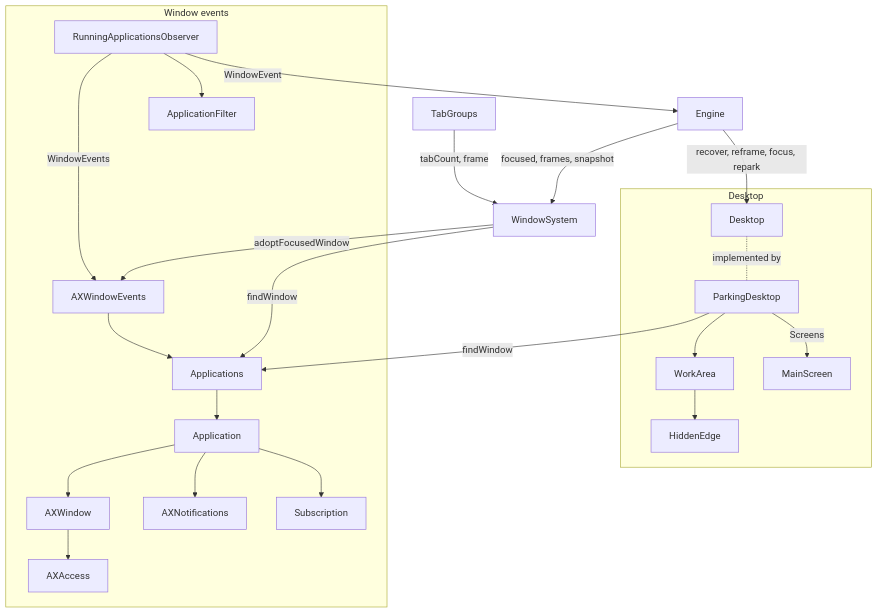
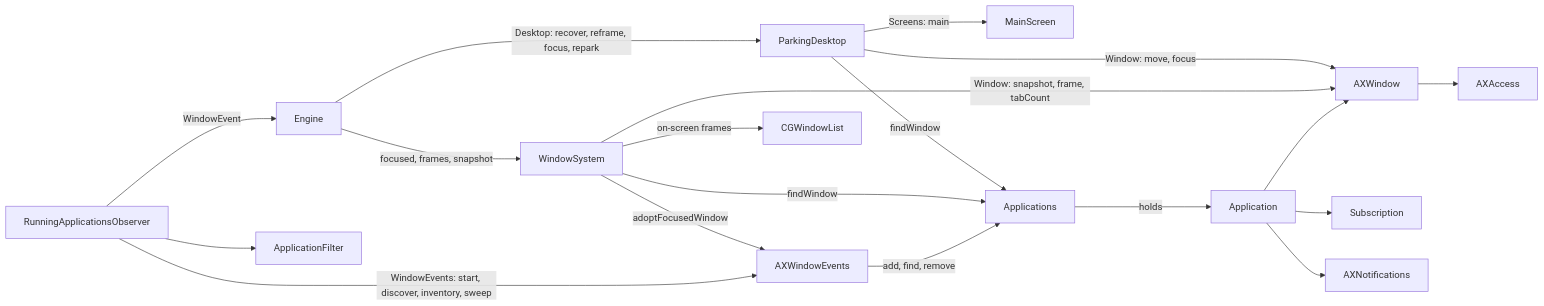
Before and after one commit to brennovich/ottowm: the sixth of 22 diagrams in ARCHITECTURE.md, drawn with Mermaid. The commit also changed other lines of this file, not shown here.

Commit message:
Improve ARCHITECTURE.md

````diff
--- a/ARCHITECTURE.md
+++ b/ARCHITECTURE.md
@@ -123,25 +111,22 @@
 ```mermaid
-flowchart TB
-    Engine -->|recover, reframe, focus, repark| Desktop
+flowchart LR
+    Engine -->|"Desktop: recover, reframe, focus, repark"| ParkingDesktop
     Engine -->|focused, frames, snapshot| WindowSystem
-    TabGroups -->|tabCount, frame| WindowSystem
     RunningApplicationsObserver -->|WindowEvent| Engine
 
-    subgraph desktop [Desktop]
-        Desktop -.-|implemented by| ParkingDesktop
-        ParkingDesktop -->|Screens| MainScreen
-        ParkingDesktop --> WorkArea --> HiddenEdge
-    end
+    ParkingDesktop -->|"Screens: main"| MainScreen
+    ParkingDesktop -->|findWindow| Applications
+    ParkingDesktop -->|"Window: move, focus"| AXWindow
 
-    subgraph windows [Window events]
-        RunningApplicationsObserver --> ApplicationFilter
-        RunningApplicationsObserver -->|WindowEvents| AXWindowEvents
-        AXWindowEvents --> Applications --> Application
-        Application --> Subscription & AXNotifications & AXWindow
-        AXWindow --> AXAccess
-    end
+    WindowSystem -->|adoptFocusedWindow| AXWindowEvents
+    WindowSystem -->|on-screen frames| CGWindowList
+    WindowSystem -->|findWindow| Applications
+    WindowSystem -->|"Window: snapshot, frame, tabCount"| AXWindow
 
-    ParkingDesktop -->|findWindow| Applications
-    WindowSystem -->|findWindow| Applications
-    WindowSystem -->|adoptFocusedWindow| AXWindowEvents
+    RunningApplicationsObserver --> ApplicationFilter
+    RunningApplicationsObserver -->|"WindowEvents: start, discover, inventory, sweep"| AXWindowEvents
+    AXWindowEvents -->|add, find, remove| Applications
+    Applications -->|holds| Application
+    Application --> Subscription & AXNotifications & AXWindow
+    AXWindow --> AXAccess
 ```
````
